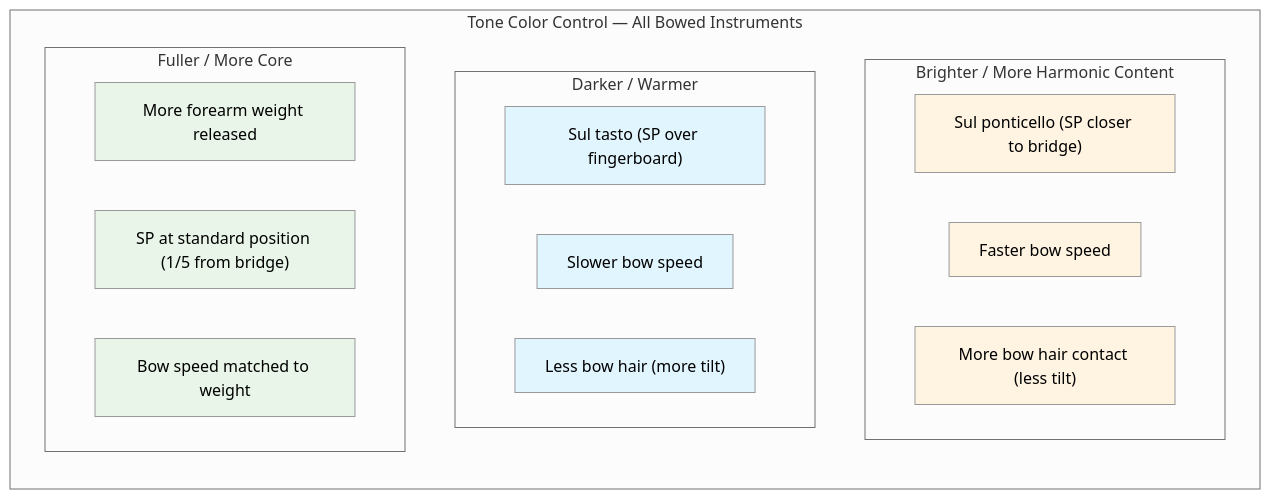
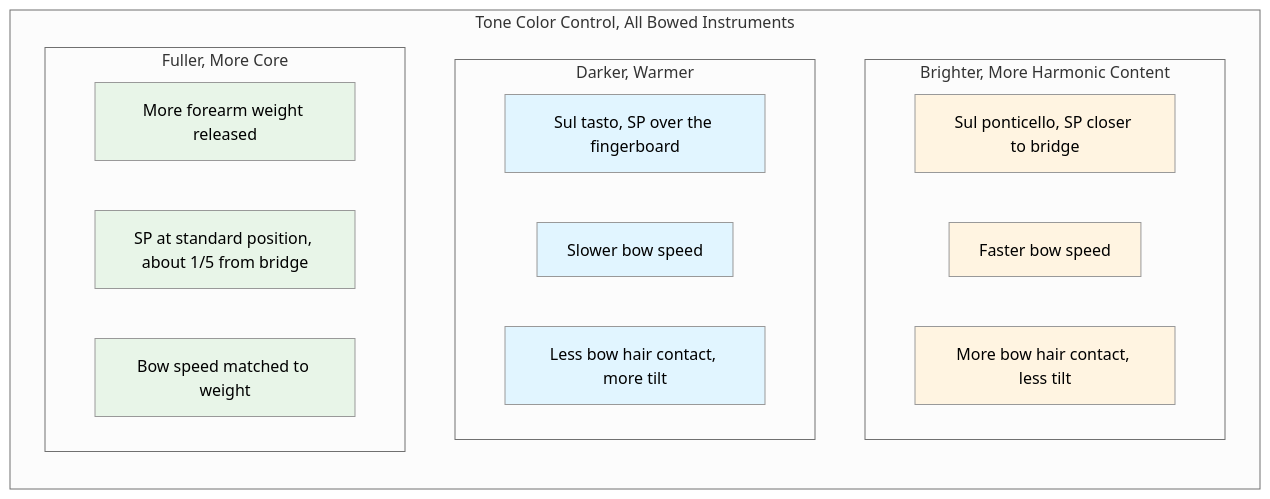
Before and after one commit to blebleblee/synapse: the eighth of 8 diagrams in topics/arts/music_performance/strings/lesson_01_string_techniques.md, drawn with Mermaid (neutral theme). The commit also changed other lines of this file and 4 other files, not shown here.

````diff
--- a/topics/arts/music_performance/strings/lesson_01_string_techniques.md
+++ b/topics/arts/music_performance/strings/lesson_01_string_techniques.md
@@ -819,30 +802,30 @@
 ```mermaid
 graph LR
-    subgraph sub_palette ["Tone Color Control — All Bowed Instruments"]
-        subgraph sub_bright ["Brighter / More Harmonic Content"]
-            B1["Sul ponticello (SP closer to bridge)"]
+    subgraph sub_palette ["Tone Color Control, All Bowed Instruments"]
+        subgraph sub_bright ["Brighter, More Harmonic Content"]
+            B1["Sul ponticello, SP closer to bridge"]
             B2["Faster bow speed"]
-            B3["More bow hair contact (less tilt)"]
+            B3["More bow hair contact, less tilt"]
         end
-        subgraph sub_dark ["Darker / Warmer"]
-            D1["Sul tasto (SP over fingerboard)"]
+        subgraph sub_dark ["Darker, Warmer"]
+            D1["Sul tasto, SP over the fingerboard"]
             D2["Slower bow speed"]
-            D3["Less bow hair (more tilt)"]
+            D3["Less bow hair contact, more tilt"]
         end
-        subgraph sub_full ["Fuller / More Core"]
+        subgraph sub_full ["Fuller, More Core"]
             F1["More forearm weight released"]
-            F2["SP at standard position (1/5 from bridge)"]
+            F2["SP at standard position, about 1/5 from bridge"]
             F3["Bow speed matched to weight"]
         end
     end
 
     style B1 fill:#fff4e1
     style B2 fill:#fff4e1
     style B3 fill:#fff4e1
     style D1 fill:#e1f5ff
     style D2 fill:#e1f5ff
     style D3 fill:#e1f5ff
     style F1 fill:#e8f5e8
     style F2 fill:#e8f5e8
     style F3 fill:#e8f5e8
 ```
````
